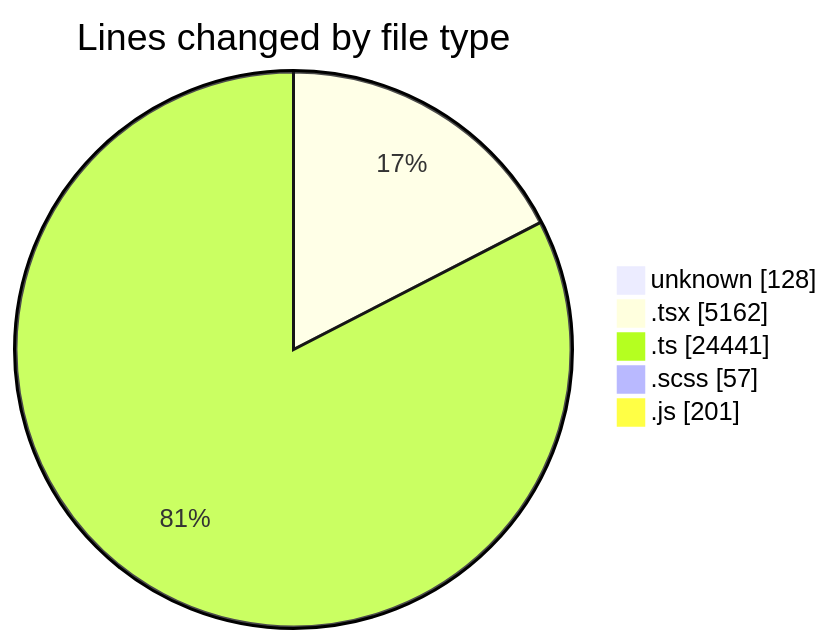
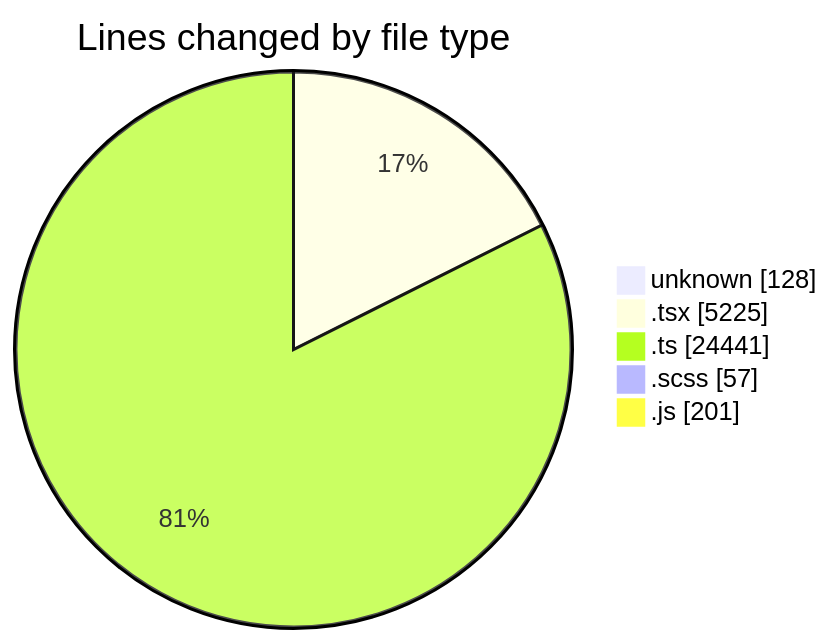
One commit to momahboobian/code-tracking changed the first of 2 diagrams in 2026-09-23/cda/README.md. Above: the diagram before and after it, drawn with Mermaid. The commit also changed other lines of this file and 1 other file, not shown here.

````diff
--- a/2026-09-23/cda/README.md
+++ b/2026-09-23/cda/README.md
@@ -57,9 +57,9 @@
 ```mermaid
 pie showData
 title Lines changed by file type
 "unknown" : 128
-".tsx" : 5162
+".tsx" : 5225
 ".ts" : 24441
 ".scss" : 57
 ".js" : 201
 ```
````
